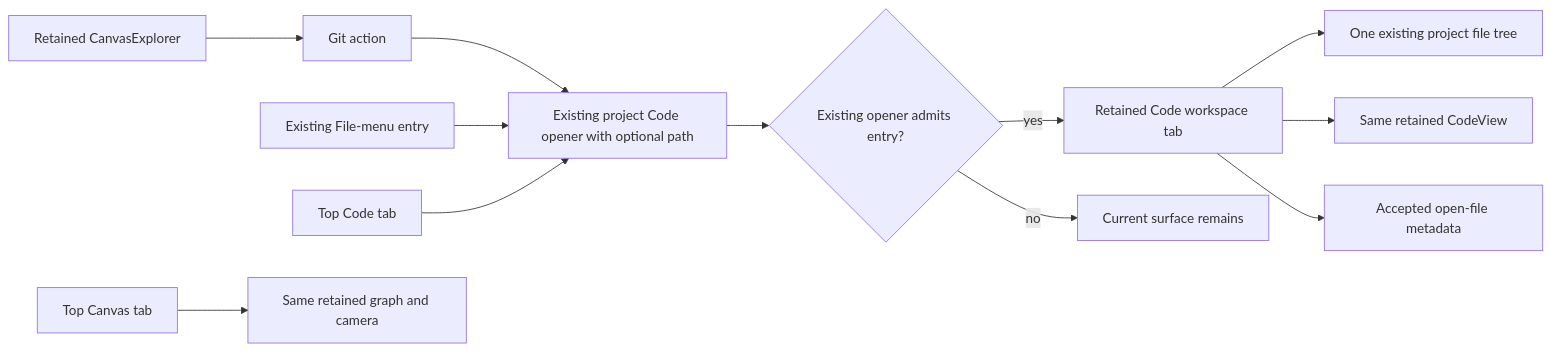
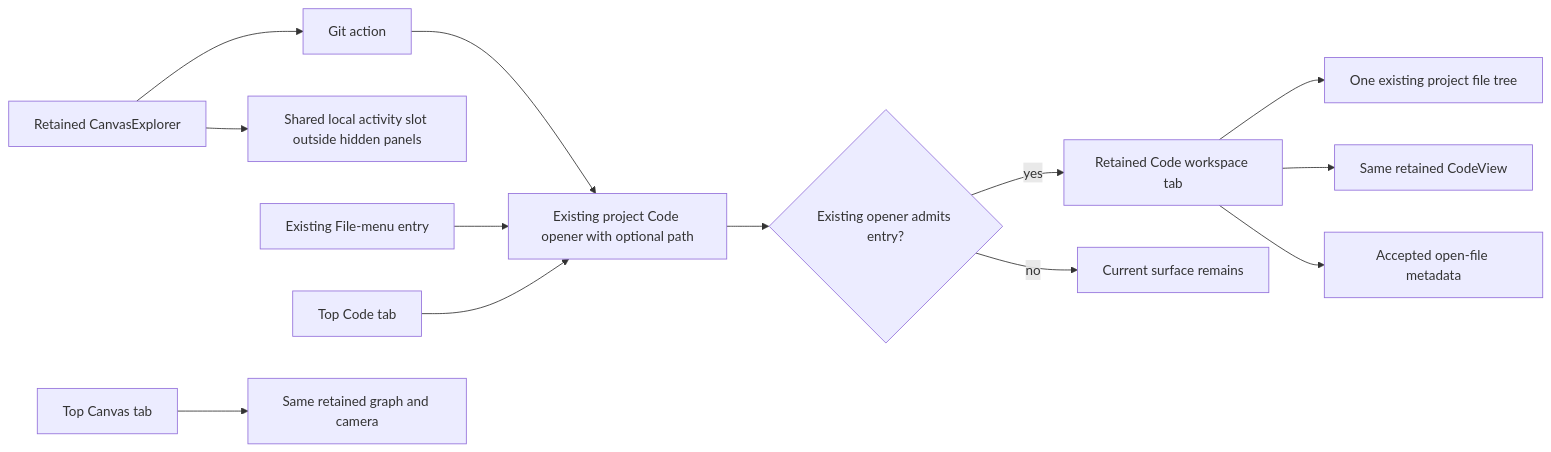
Before and after one commit to dunay2/dvt: diagram 15 of 15 in docs/architecture/components/web/graph/canvas-shell-component.md, drawn with Mermaid. The commit also changed other lines of this file and 10 other files, not shown here.

````diff
--- a/docs/architecture/components/web/graph/canvas-shell-component.md
+++ b/docs/architecture/components/web/graph/canvas-shell-component.md
@@ -875,14 +889,15 @@
 ```mermaid
 flowchart LR
   Explorer[Retained CanvasExplorer] --> Git[Git action]
+  Explorer --> Slot[Shared local activity slot outside hidden panels]
   Git --> Opener[Existing project Code opener with optional path]
   File[Existing File-menu entry] --> Opener
   CodeTab[Top Code tab] --> Opener
   Opener --> Admission{Existing opener admits entry?}
   Admission -->|yes| Code[Retained Code workspace tab]
   Admission -->|no| Prior[Current surface remains]
   Code --> Tree[One existing project file tree]
   Code --> Editor[Same retained CodeView]
   Code --> Metadata[Accepted open-file metadata]
   Return[Top Canvas tab] --> Graph[Same retained graph and camera]
 ```
````
